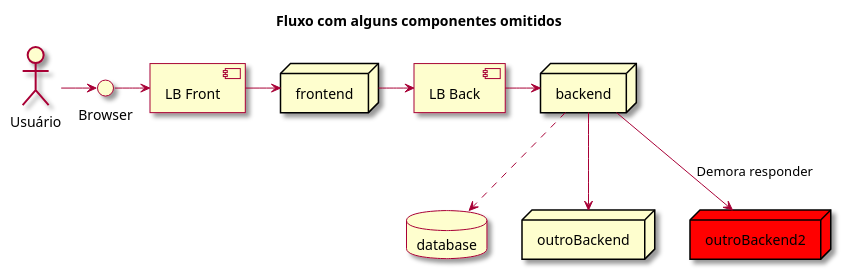
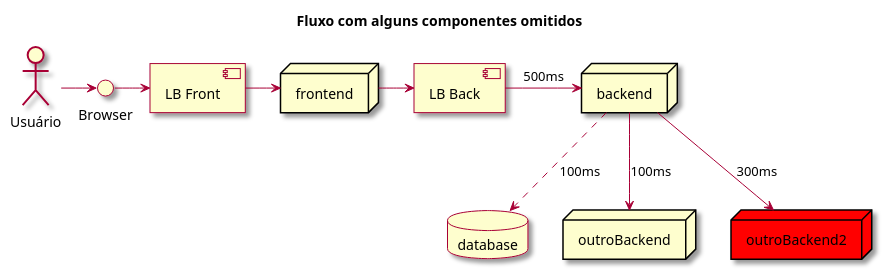
Before and after one commit to charlesardsilva/lecture-cache-content: the diagram in docs/diagrams/request-sem-cdn.plantuml, drawn with PlantUML. The commit also changed 10 other files, not shown here.

```diff
--- a/docs/diagrams/request-sem-cdn.plantuml
+++ b/docs/diagrams/request-sem-cdn.plantuml
@@ -1,26 +1,26 @@
 @startuml
 
 skin rose
 
 Title: Fluxo com alguns componentes omitidos
 
 component "LB Front" as LBF
 component "LB Back" as LBB
 actor "Usuário" as actor
 database database
 interface "Browser" as browser
 node frontend
 node backend
 node outroBackend
 node outroBackend2 #red
 
 actor -> browser
 browser -> LBF
 LBF -> frontend
 frontend -> LBB
-LBB -> backend
-backend --> outroBackend
-backend --> outroBackend2 : Demora responder
-backend ..> database
+LBB -> backend : 500ms
+backend --> outroBackend: 100ms
+backend --> outroBackend2 : 300ms
+backend ..> database: 100ms
 
 @enduml
```
